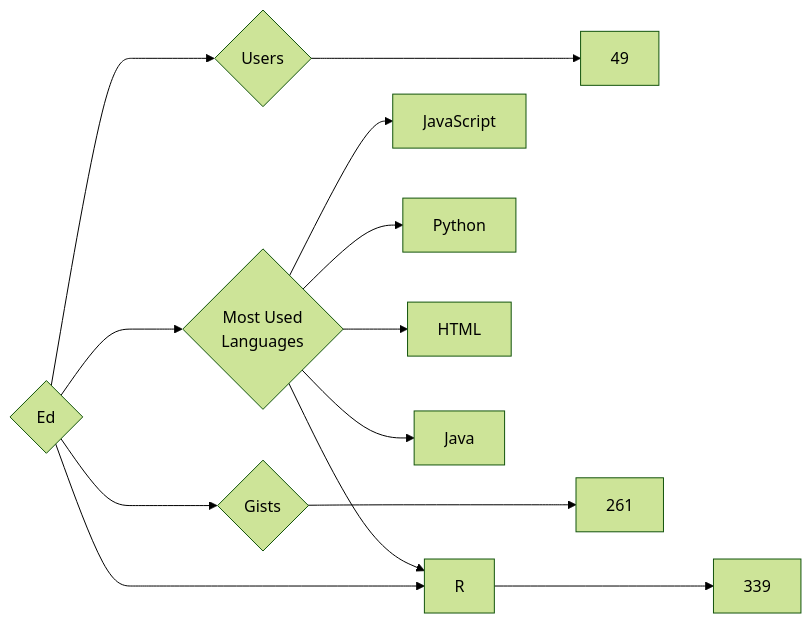
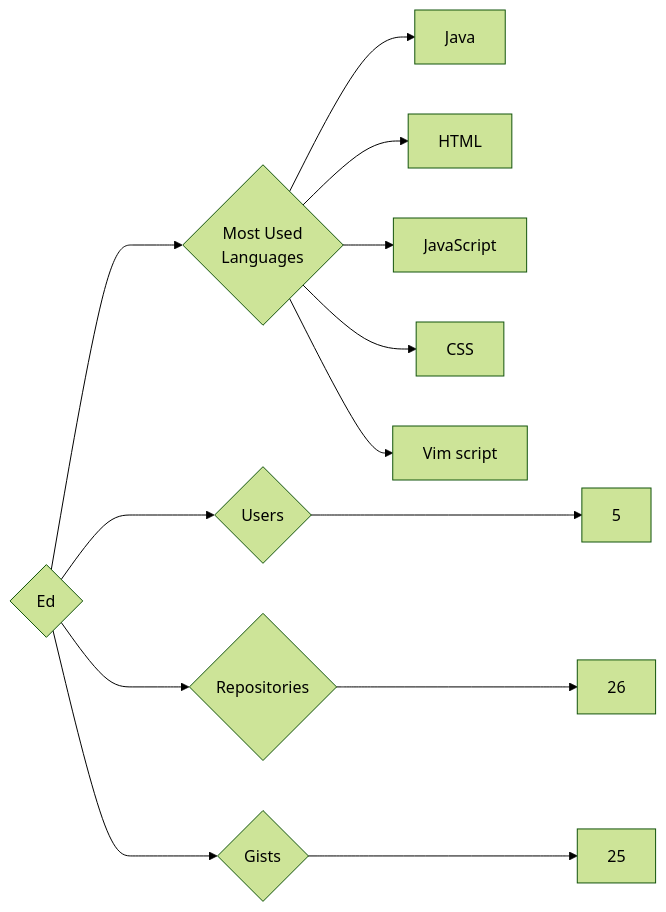
One commit to trickest/insiders changed the diagram in targets/Ed/README.md. Above: the diagram before and after it, drawn with Mermaid (forest theme). The commit also changed 935 other files, not shown here.

````diff
--- a/targets/Ed/README.md
+++ b/targets/Ed/README.md
@@ -3,13 +3,13 @@
 ```mermaid
 graph LR
 COMPANY_NAME{Ed}
-COMPANY_NAME ---> U{Users} ---> UN[49]
-COMPANY_NAME ---> R{Repositories} ---> RN[339]
-COMPANY_NAME ---> G{Gists} ---> GN[261]
+COMPANY_NAME ---> U{Users} ---> UN[5]
+COMPANY_NAME ---> R{Repositories} ---> RN[26]
+COMPANY_NAME ---> G{Gists} ---> GN[25]
 COMPANY_NAME ---> ML{Most Used<br>Languages}
+ML --> Java[Java]
+ML --> HTML[HTML]
 ML --> JavaScript[JavaScript]
-ML --> Python[Python]
-ML --> R[R]
-ML --> HTML[HTML]
-ML --> Java[Java]
+ML --> CSS[CSS]
+ML --> Vim_script[Vim script]
 ```
````
